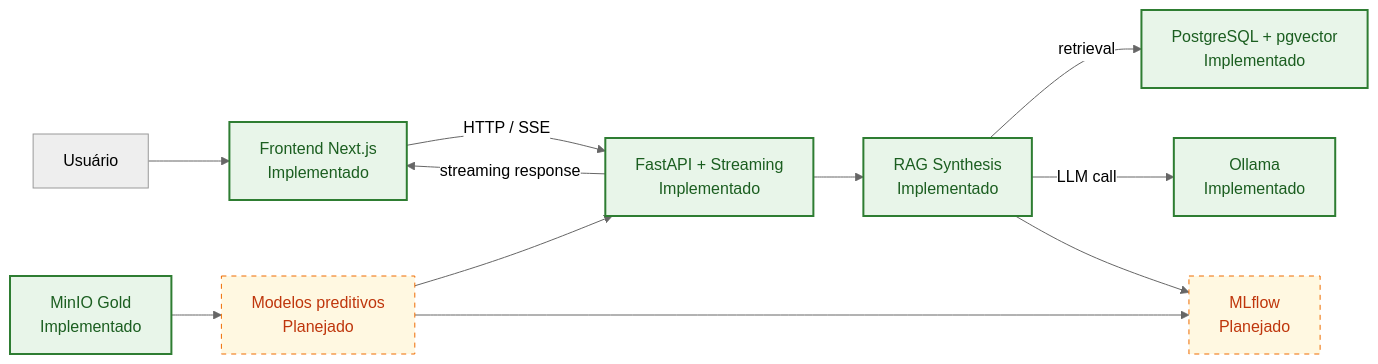
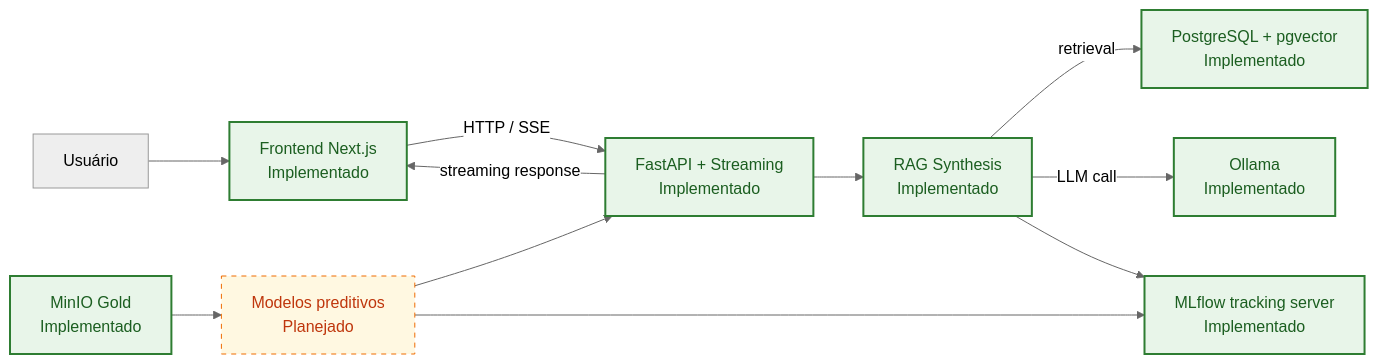
Before and after one commit to pedroandrade03/rag-intelligence: the fourth of 4 diagrams in README.md, drawn with Mermaid (neutral theme). The commit also changed other lines of this file and 4 other files, not shown here.

First line of the commit message:
feat(mlops): add MLflow server on Docker with Postgres backend

````diff
--- a/README.md
+++ b/README.md
@@ -157,28 +157,28 @@
 ```mermaid
 flowchart LR
     user["Usuário"]
     frontend["Frontend Next.js<br/>Implementado"]
     api["FastAPI + Streaming<br/>Implementado"]
     query["RAG Synthesis<br/>Implementado"]
     pgvector["PostgreSQL + pgvector<br/>Implementado"]
     ollama["Ollama<br/>Implementado"]
     gold["MinIO Gold<br/>Implementado"]
     models["Modelos preditivos<br/>Planejado"]
-    mlflow["MLflow<br/>Planejado"]
+    mlflow["MLflow tracking server<br/>Implementado"]
 
     user --> frontend
     frontend -->|"HTTP / SSE"| api
     api --> query
     query -->|"retrieval"| pgvector
     query -->|"LLM call"| ollama
     api -->|"streaming response"| frontend
     gold --> models --> api
     query --> mlflow
     models --> mlflow
 
     classDef implemented fill:#e8f5e9,stroke:#2e7d32,color:#1b5e20,stroke-width:2px;
     classDef planned fill:#fff8e1,stroke:#ef6c00,color:#bf360c,stroke-dasharray: 5 5;
     classDef partial fill:#fff3e0,stroke:#ef6c00,color:#bf360c,stroke-width:2px;
-    class gold,pgvector,ollama,frontend,api,query implemented;
-    class models,mlflow planned;
+    class gold,pgvector,ollama,frontend,api,query,mlflow implemented;
+    class models planned;
 ```
````
